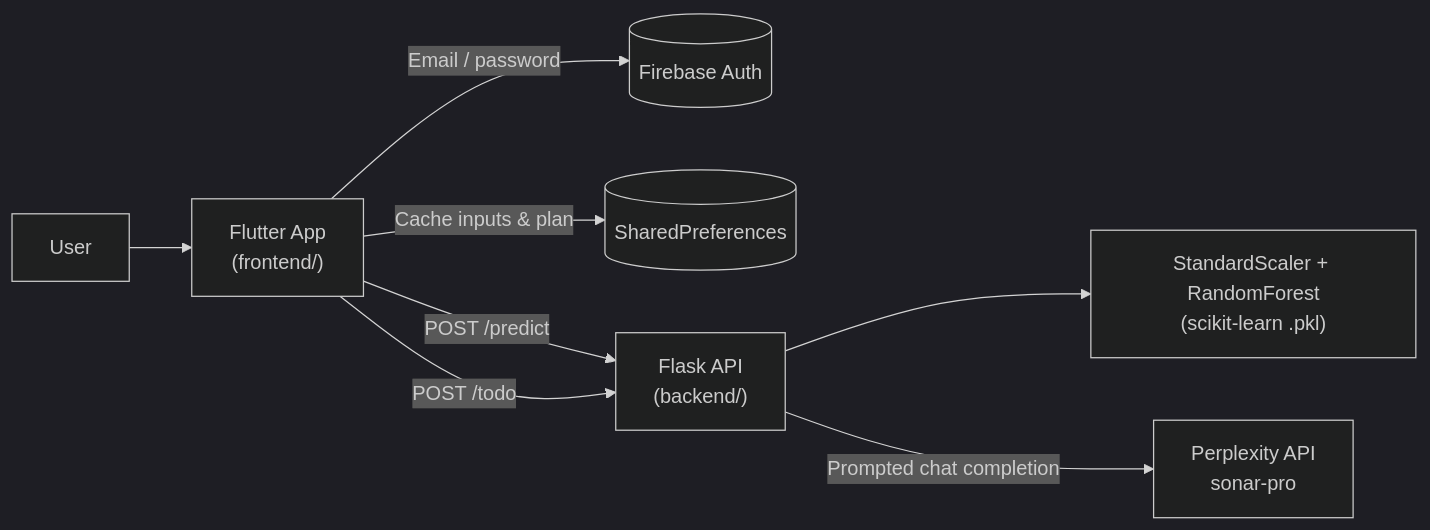
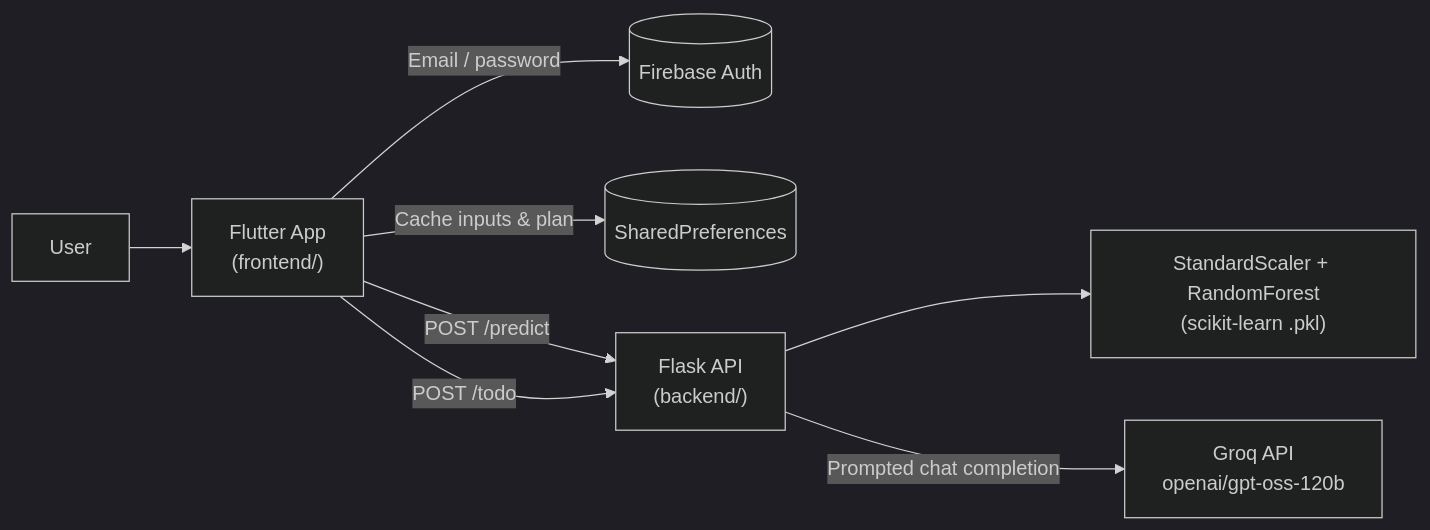
Before and after one commit to namita-code/pcNOs: the diagram in README.md, drawn with Mermaid (dark theme). The commit also changed other lines of this file and 2 other files, not shown here.

First line of the commit message:
Switch wellness plan LLM from Perplexity to Groq

````diff
--- a/README.md
+++ b/README.md
@@ -37,10 +37,10 @@
 ```mermaid
 flowchart LR
     U[User] --> F["Flutter App<br/>(frontend/)"]
     F -- "Email / password" --> FA[(Firebase Auth)]
     F -- "Cache inputs & plan" --> SP[(SharedPreferences)]
     F -- "POST /predict" --> B["Flask API<br/>(backend/)"]
     F -- "POST /todo" --> B
     B --> M["StandardScaler + RandomForest<br/>(scikit-learn .pkl)"]
-    B -- "Prompted chat completion" --> P[Perplexity API<br/>sonar-pro]
+    B -- "Prompted chat completion" --> P[Groq API<br/>openai/gpt-oss-120b]
 ```
````
